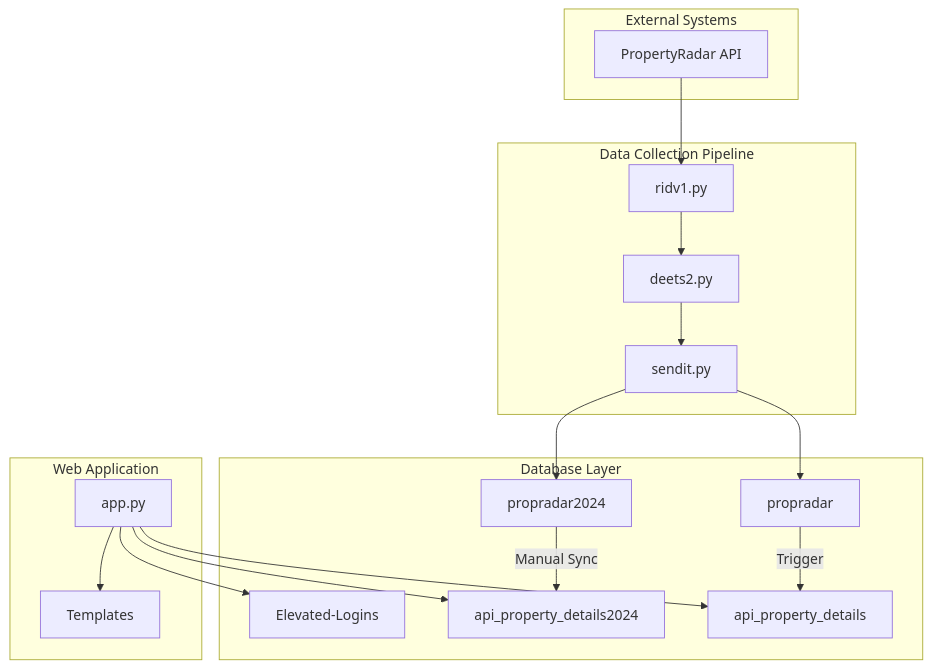
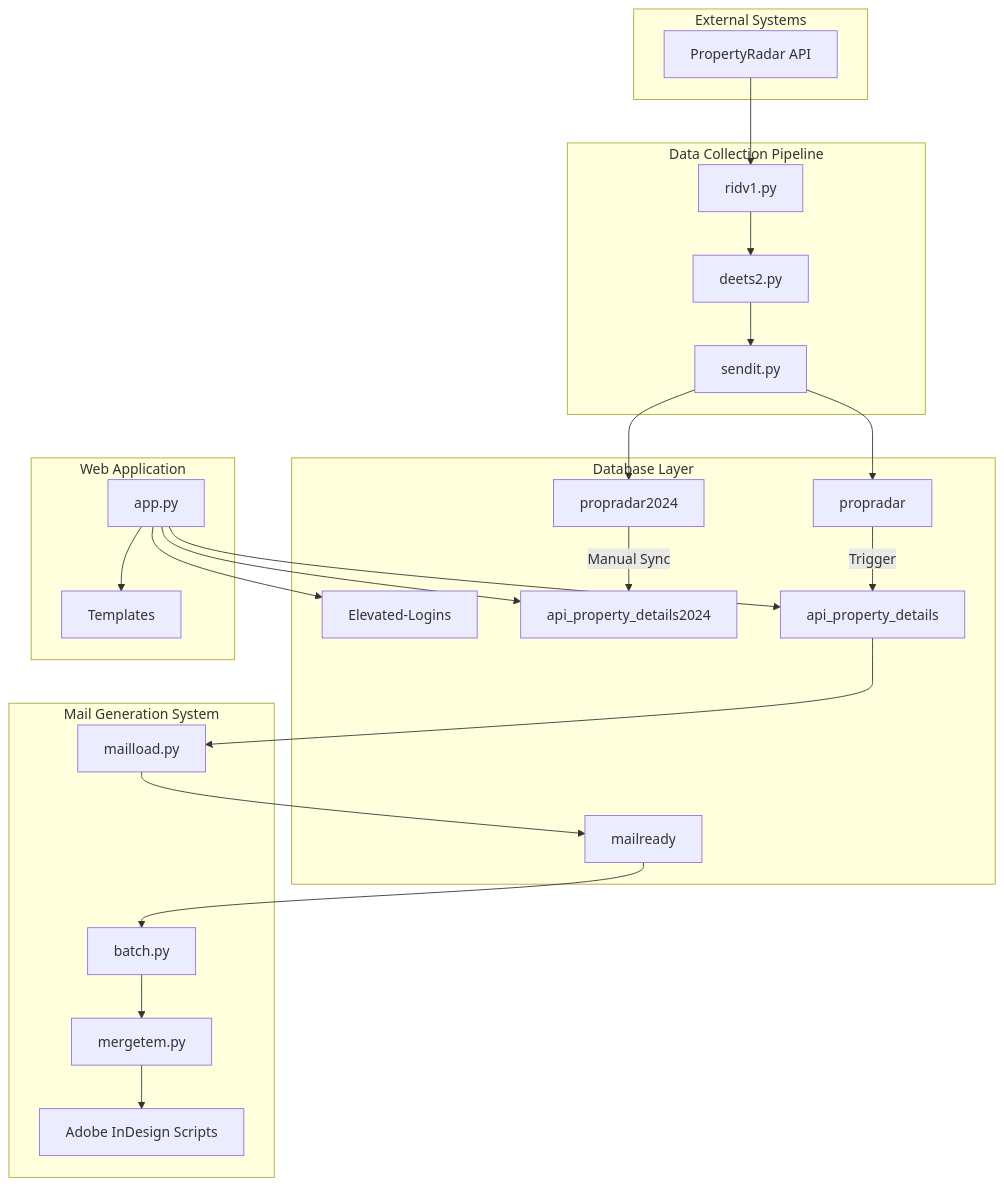
One commit to sboggsEHL/Mail_Machine changed the first of 10 diagrams in OriginalSystemDocs.md. Above: the diagram before and after it, drawn with Mermaid. The commit also changed other lines of this file, not shown here.

Commit message:
updated orignal to include mail design

````diff
--- a/OriginalSystemDocs.md
+++ b/OriginalSystemDocs.md
@@ -32,34 +34,48 @@
 ```mermaid
 graph TD
     subgraph "External Systems"
         A1[PropertyRadar API]
     end
 
     subgraph "Data Collection Pipeline"
         B1[ridv1.py] --> B2[deets2.py]
         B2 --> B3[sendit.py]
     end
 
     subgraph "Database Layer"
         C1[propradar]
         C2[propradar2024]
         C3[api_property_details]
         C4[api_property_details2024]
         C5[Elevated-Logins]
+        C6[mailready]
     end
 
     subgraph "Web Application"
         D1[app.py]
         D2[Templates]
+    end
+    
+    subgraph "Mail Generation System"
+        E1[mailload.py]
+        E2[batch.py]
+        E3[mergetem.py]
+        E4[Adobe InDesign Scripts]
     end
 
     A1 --> B1
     B3 --> C1
     B3 --> C2
     C1 -->|Trigger| C3
     C2 -->|Manual Sync| C4
     D1 --> C3
     D1 --> C4
     D1 --> C5
     D1 --> D2
+    
+    C3 --> E1
+    E1 --> C6
+    C6 --> E2
+    E2 --> E3
+    E3 --> E4
 ```
````
